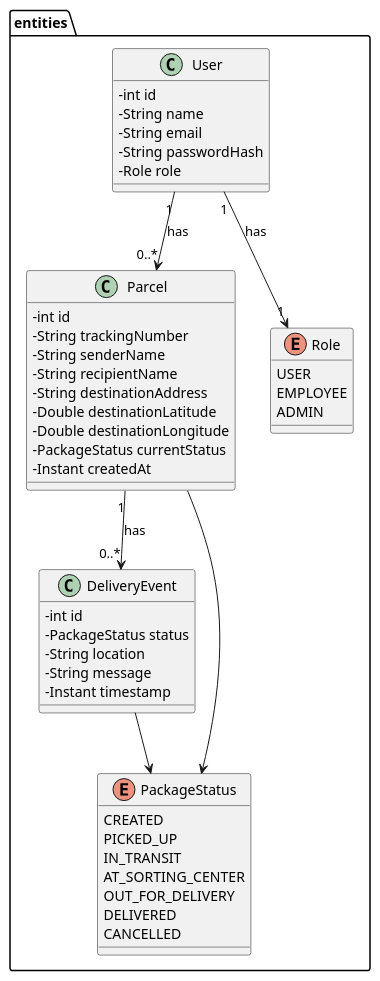
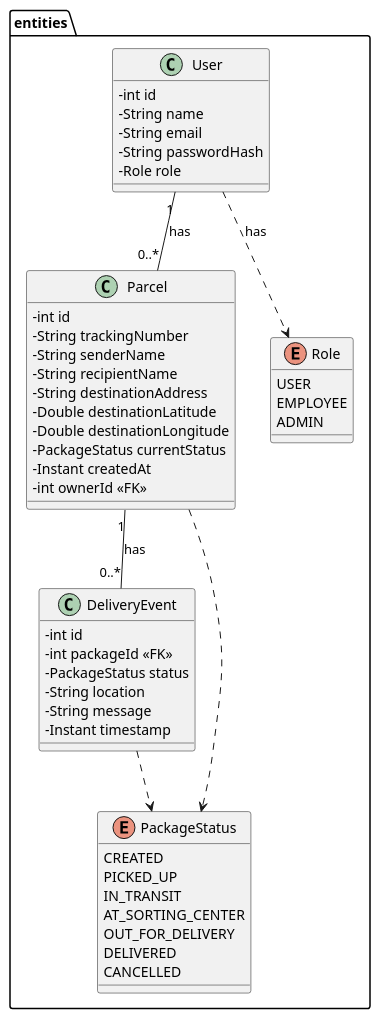
Before and after one commit to EmilOzel/Package_Delivery_Tracker: the diagram in docs/package-tracker-er-diagram.puml, drawn with PlantUML. The commit also changed 6 other files, not shown here.

```diff
--- a/docs/package-tracker-er-diagram.puml
+++ b/docs/package-tracker-er-diagram.puml
@@ -1,61 +1,62 @@
 @startuml
 
 skinparam classAttributeIconSize 0
 
 package "entities" {
 
 class User {
     - int id
     - String name
     - String email
     - String passwordHash
     - Role role
 }
 
 class Parcel {
     - int id
     - String trackingNumber
     - String senderName
     - String recipientName
     - String destinationAddress
     - Double destinationLatitude
     - Double destinationLongitude
     - PackageStatus currentStatus
     - Instant createdAt
+    - int ownerId <<FK>>
 }
 
 class DeliveryEvent {
     - int id
+    - int packageId <<FK>>
     - PackageStatus status
     - String location
     - String message
     - Instant timestamp
 }
 
 enum Role {
     USER
     EMPLOYEE
     ADMIN
 }
 
 enum PackageStatus {
     CREATED
     PICKED_UP
     IN_TRANSIT
     AT_SORTING_CENTER
     OUT_FOR_DELIVERY
     DELIVERED
     CANCELLED
 }
 
 }
 
+User "1" -- "0..*" Parcel : has
+Parcel "1" -- "0..*" DeliveryEvent : has
 
-User "1" --> "0..*" Parcel : has
-Parcel "1" --> "0..*" DeliveryEvent : has
-
-User "1" --> "1" Role : has
-Parcel --> PackageStatus
-DeliveryEvent --> PackageStatus
+User ..> Role : has
+Parcel ..> PackageStatus
+DeliveryEvent ..> PackageStatus
 
 @enduml
```
